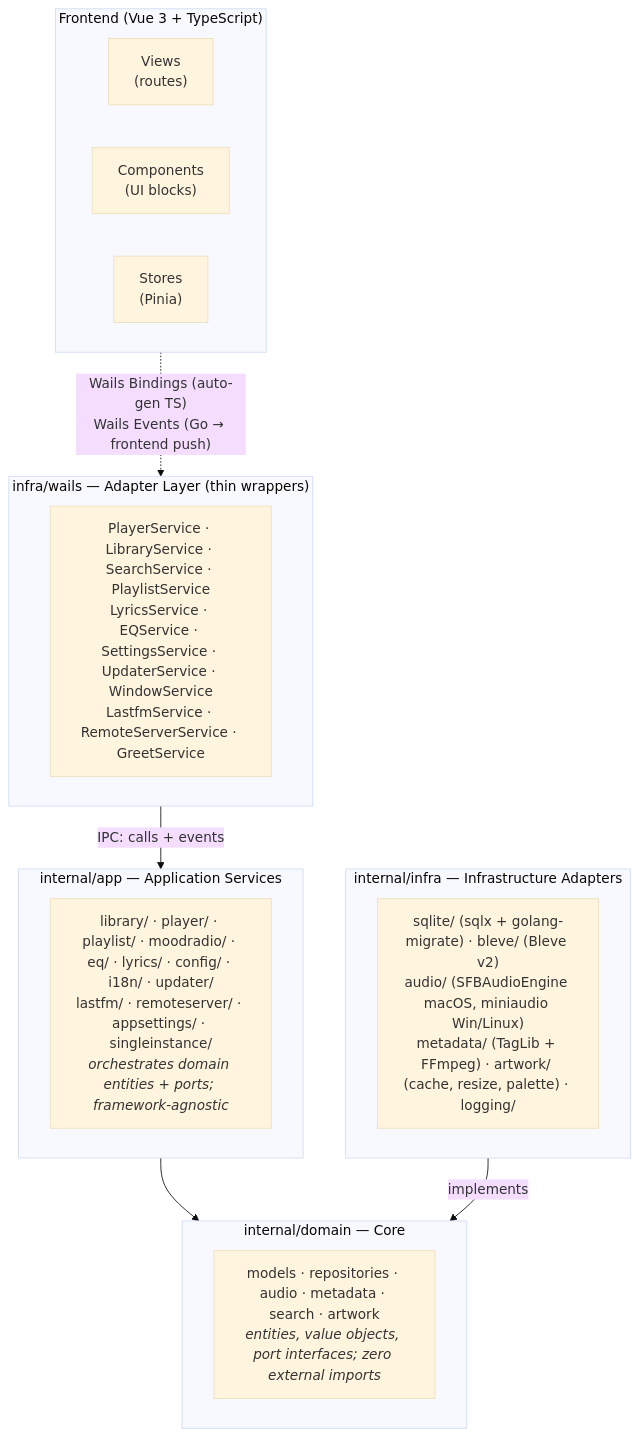
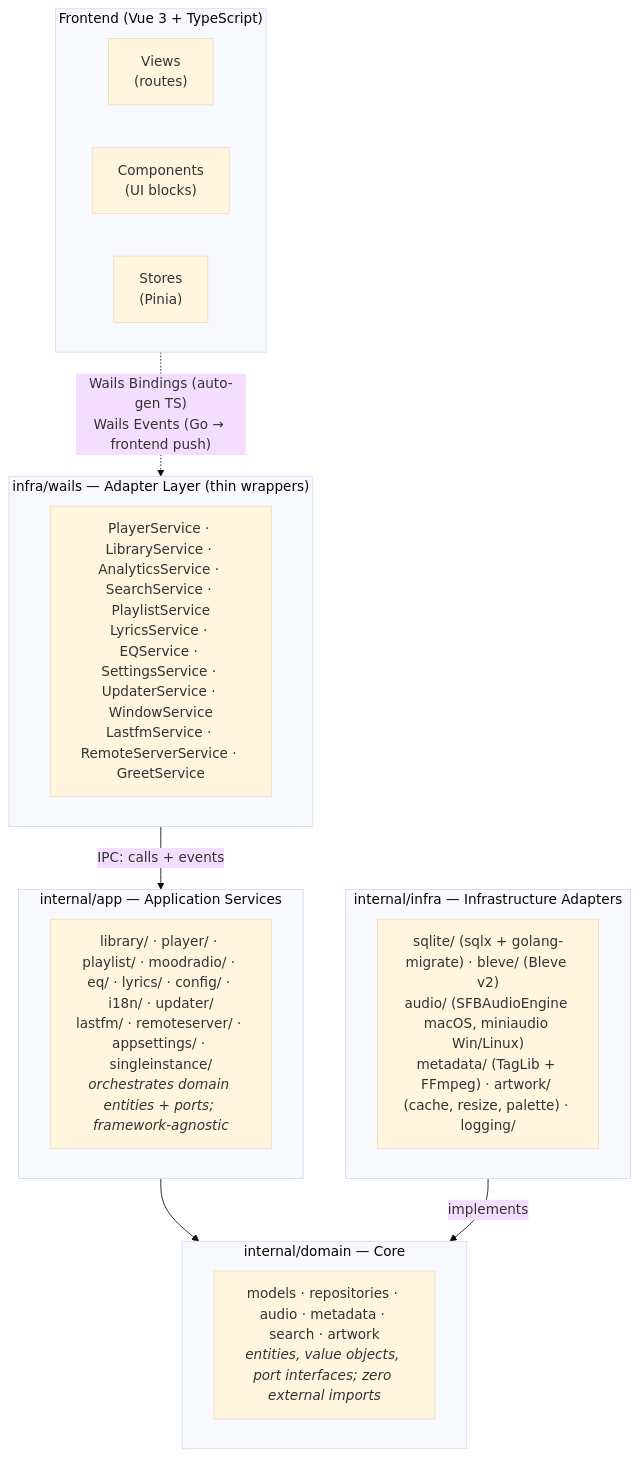
Before and after one commit to misa198/airmedy: the first of 2 diagrams in catalog/architecture/README.md, drawn with Mermaid (base theme). The commit also changed other lines of this file and 51 other files, not shown here.

````diff
--- a/catalog/architecture/README.md
+++ b/catalog/architecture/README.md
@@ -9,30 +9,30 @@
 ```mermaid
 flowchart TB
     subgraph FE["Frontend (Vue 3 + TypeScript)"]
         direction LR
         Views["Views<br/>(routes)"]
         Comps["Components<br/>(UI blocks)"]
         Stores["Stores<br/>(Pinia)"]
     end
     FE -.->|"Wails Bindings (auto-gen TS)<br/>Wails Events (Go → frontend push)"| WAILS
 
     subgraph WAILS["infra/wails — Adapter Layer (thin wrappers)"]
-        Adapters["PlayerService · LibraryService · SearchService · PlaylistService<br/>LyricsService · EQService · SettingsService · UpdaterService · WindowService<br/>LastfmService · RemoteServerService · GreetService"]
+        Adapters["PlayerService · LibraryService · AnalyticsService · SearchService · PlaylistService<br/>LyricsService · EQService · SettingsService · UpdaterService · WindowService<br/>LastfmService · RemoteServerService · GreetService"]
     end
 
     subgraph APP["internal/app — Application Services"]
         AppSvc["library/ · player/ · playlist/ · moodradio/ · eq/ · lyrics/ · config/ · i18n/ · updater/<br/>lastfm/ · remoteserver/ · appsettings/ · singleinstance/<br/><i>orchestrates domain entities + ports; framework-agnostic</i>"]
     end
 
     subgraph DOMAIN["internal/domain — Core"]
         Dom["models · repositories · audio · metadata · search · artwork<br/><i>entities, value objects, port interfaces; zero external imports</i>"]
     end
 
     subgraph INFRA["internal/infra — Infrastructure Adapters"]
         Inf["sqlite/ (sqlx + golang-migrate) · bleve/ (Bleve v2)<br/>audio/ (SFBAudioEngine macOS, miniaudio Win/Linux)<br/>metadata/ (TagLib + FFmpeg) · artwork/ (cache, resize, palette) · logging/"]
     end
 
     WAILS -->|"IPC: calls + events"| APP
     APP --> DOMAIN
     INFRA -->|implements| DOMAIN
 ```
````
